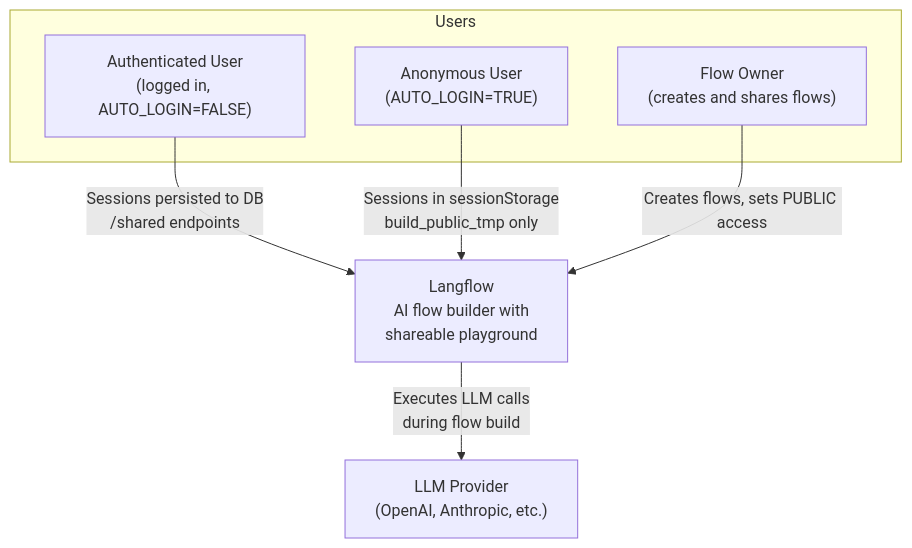
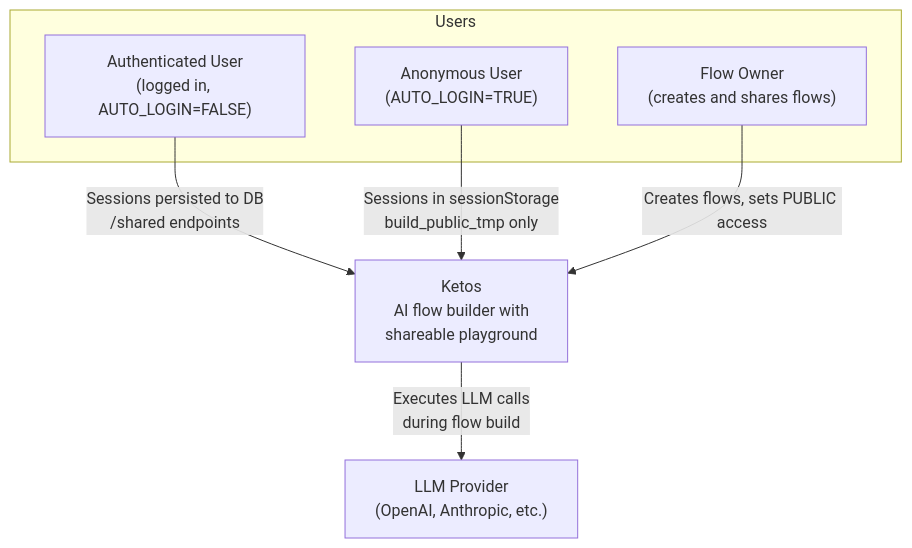
One commit to factor241/Ketos changed the first of 5 diagrams in src/frontend/src/components/authorization/playgroundAuthGate/docs/shareable-playground-session-persistence.md. Above: the diagram before and after it, drawn with Mermaid. The commit also changed 82 other files, not shown here.

````diff
--- a/src/frontend/src/components/authorization/playgroundAuthGate/docs/shareable-playground-session-persistence.md
+++ b/src/frontend/src/components/authorization/playgroundAuthGate/docs/shareable-playground-session-persistence.md
@@ -560,16 +560,16 @@
 ```mermaid
 graph TD
   subgraph Users
     AU["Authenticated User\n(logged in, AUTO_LOGIN=FALSE)"]
     AN["Anonymous User\n(AUTO_LOGIN=TRUE)"]
     OW["Flow Owner\n(creates and shares flows)"]
   end
 
-  LF["Langflow\nAI flow builder with\nshareable playground"]
+  KETOS["Ketos\nAI flow builder with\nshareable playground"]
   LLM["LLM Provider\n(OpenAI, Anthropic, etc.)"]
 
-  AU -->|"Sessions persisted to DB\n/shared endpoints"| LF
-  AN -->|"Sessions in sessionStorage\nbuild_public_tmp only"| LF
-  OW -->|"Creates flows, sets PUBLIC access"| LF
-  LF -->|"Executes LLM calls\nduring flow build"| LLM
+  AU -->|"Sessions persisted to DB\n/shared endpoints"| KETOS
+  AN -->|"Sessions in sessionStorage\nbuild_public_tmp only"| KETOS
+  OW -->|"Creates flows, sets PUBLIC access"| KETOS
+  KETOS -->|"Executes LLM calls\nduring flow build"| LLM
 ```
````
